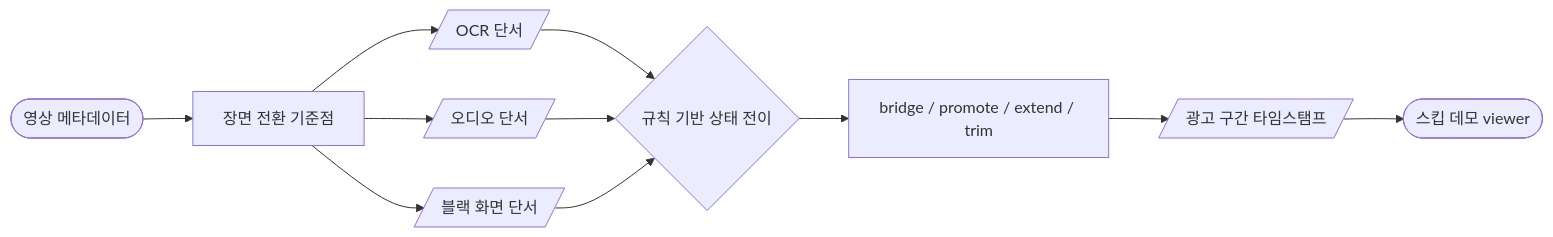
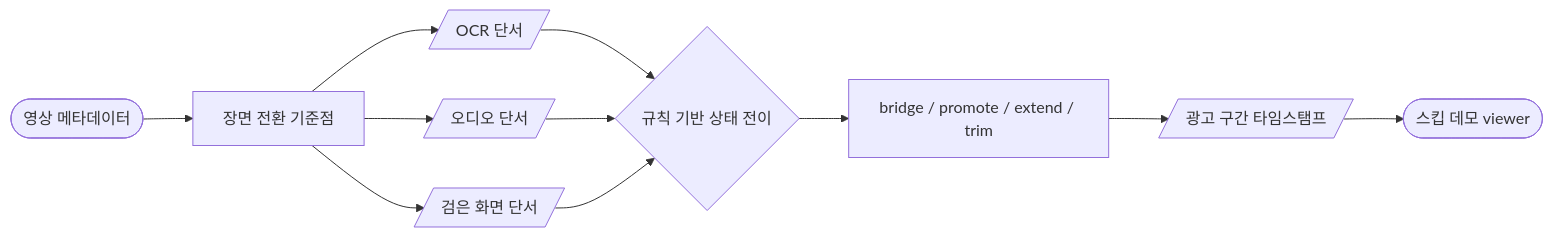
One commit to RuruPark/youtube-ad-segment-detector changed the diagram in README.md. Above: the diagram before and after it, drawn with Mermaid.

````diff
--- a/README.md
+++ b/README.md
@@ -34,13 +34,13 @@
 ```mermaid
 flowchart LR
   A([영상 메타데이터]) --> B[장면 전환 기준점]
   B --> C[/OCR 단서/]
   B --> D[/오디오 단서/]
-  B --> E[/블랙 화면 단서/]
+  B --> E[/검은 화면 단서/]
   C --> F{규칙 기반 상태 전이}
   D --> F
   E --> F
   F --> G[bridge / promote / extend / trim]
   G --> H[/광고 구간 타임스탬프/]
   H --> I([스킵 데모 viewer])
 ```
````
